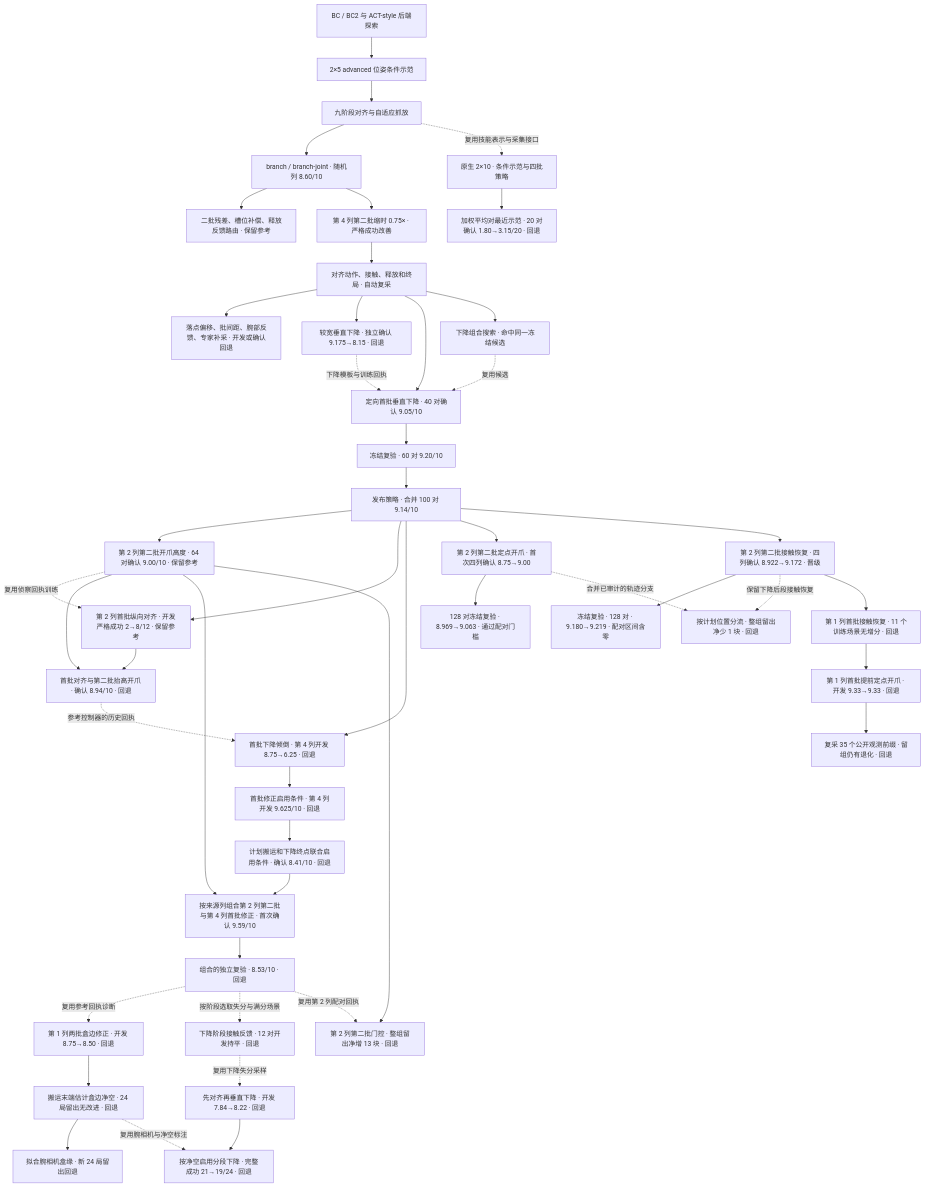
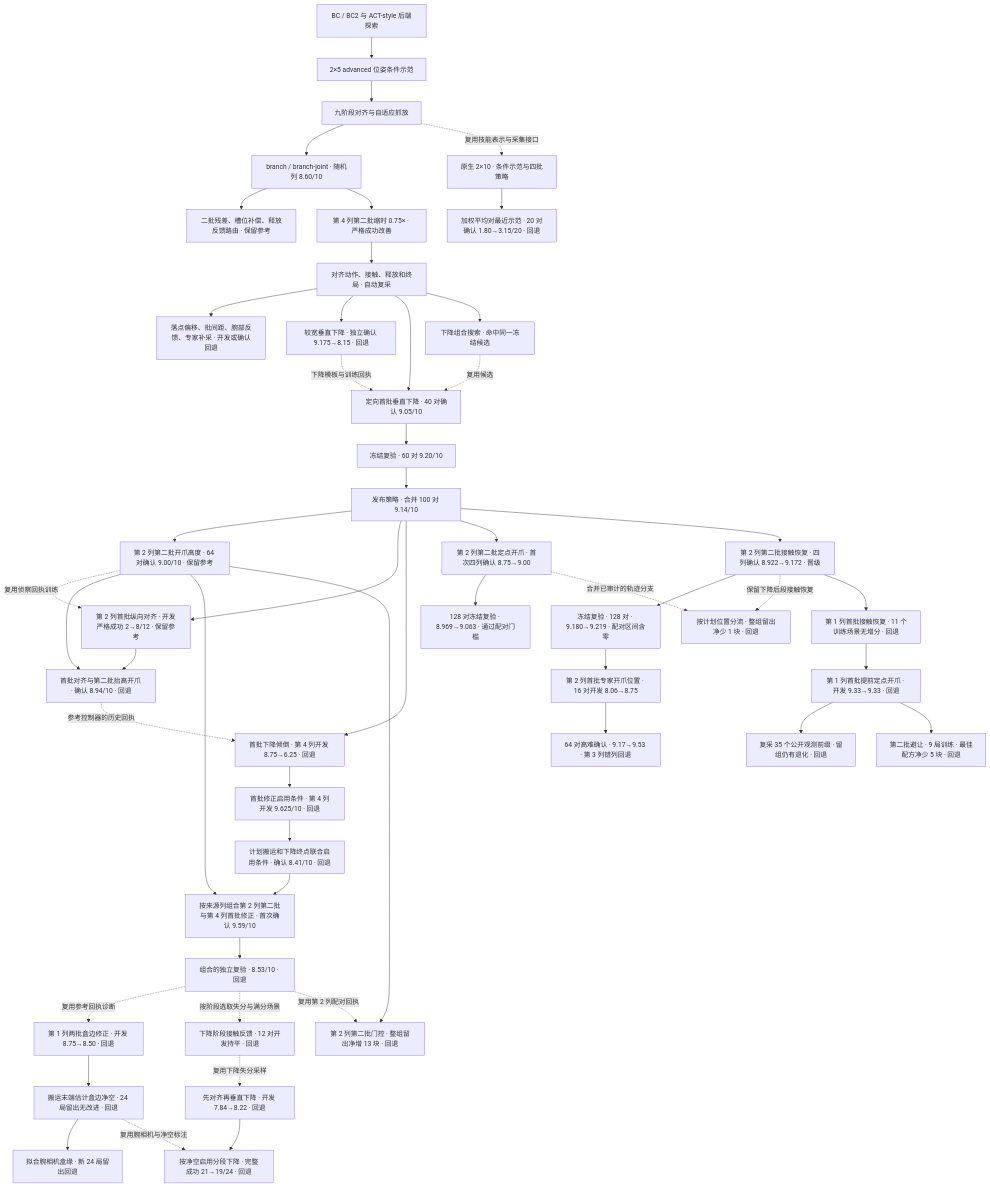
Before and after one commit to haiyouxiaji/a3-agent-optimizer: the second of 2 diagrams in docs/A3_EXPERIMENT_TREE.md, drawn with Mermaid. The commit also changed other lines of this file and 26 other files, not shown here.

````diff
--- a/docs/A3_EXPERIMENT_TREE.md
+++ b/docs/A3_EXPERIMENT_TREE.md
@@ -19,49 +19,52 @@
 ```mermaid
 flowchart TD
     BC["BC / BC2 与 ACT-style 后端探索"] --> ADV["2×5 advanced 位姿条件示范"]
     ADV --> PH["九阶段对齐与自适应抓放"]
     PH --> BJ["branch / branch-joint · 随机列 8.60/10"]
     BJ --> REL["二批残差、槽位补偿、释放反馈路由 · 保留参考"]
     BJ --> TIM["第 4 列第二批缩时 0.75× · 严格成功改善"]
     TIM --> DIAG["对齐动作、接触、释放和终局 · 自动复采"]
     DIAG --> OFF["落点偏移、批间距、腕部反馈、专家补采 · 开发或确认回退"]
     DIAG --> WIDE["较宽垂直下降 · 独立确认 9.175→8.15 · 回退"]
     DIAG --> FOCUS["定向首批垂直下降 · 40 对确认 9.05/10"]
     WIDE -.->|下降模板与训练回执| FOCUS
     DIAG --> DUP["下降组合搜索 · 命中同一冻结候选"]
     DUP -.->|复用候选| FOCUS
     FOCUS --> REP["冻结复验 · 60 对 9.20/10"]
     REP --> BEST["发布策略 · 合并 100 对 9.14/10"]
     BEST --> HOVER["第 2 列第二批开爪高度 · 64 对确认 9.00/10 · 保留参考"]
     BEST --> ROW["第 2 列首批纵向对齐 · 开发严格成功 2→8/12 · 保留参考"]
     HOVER -.->|复用侦察回执训练| ROW
     HOVER --> COMPOSE["首批对齐与第二批抬高开爪 · 确认 8.94/10 · 回退"]
     ROW --> COMPOSE
     BEST --> FIRSTHOVER["首批下降倾倒 · 第 4 列开发 8.75→6.25 · 回退"]
     COMPOSE -.->|参考控制器的历史回执| FIRSTHOVER
     FIRSTHOVER --> GUARD["首批修正启用条件 · 第 4 列开发 9.625/10 · 回退"]
     GUARD --> PROJECT["计划搬运和下降终点联合启用条件 · 确认 8.41/10 · 回退"]
     PROJECT --> ROUTED["按来源列组合第 2 列第二批与第 4 列首批修正 · 首次确认 9.59/10"]
     HOVER --> ROUTED
     ROUTED --> ROUTEDREP["组合的独立复验 · 8.53/10 · 回退"]
     ROUTEDREP -.->|复用参考回执诊断| WALL["第 1 列两批盒边修正 · 开发 8.75→8.50 · 回退"]
     WALL --> SENSE["搬运末端估计盒边净空 · 24 局留出无改进 · 回退"]
     SENSE --> EDGES["拟合腕相机盒缘 · 新 24 局留出回退"]
     ROUTEDREP -.->|按阶段选取失分与满分场景| FORCE["下降阶段接触反馈 · 12 对开发持平 · 回退"]
     HOVER --> LATE["第 2 列第二批门控 · 整组留出净增 13 块 · 回退"]
     ROUTEDREP -.->|复用第 2 列配对回执| LATE
     FORCE -.->|复用下降失分采样| STAGED["先对齐再垂直下降 · 开发 7.84→8.22 · 回退"]
     STAGED --> STAGEDGATE["按净空启用分段下降 · 完整成功 21→19/24 · 回退"]
     SENSE -.->|复用腕相机与净空标注| STAGEDGATE
     BEST --> HOLD["第 2 列第二批定点开爪 · 首次四列确认 8.75→9.00"]
     HOLD --> HOLDREP["128 对冻结复验 · 8.969→9.063 · 通过配对门槛"]
     BEST --> RECOVERY["第 2 列第二批接触恢复 · 四列确认 8.922→9.172 · 晋级"]
     RECOVERY --> RECOVERYREP["冻结复验 · 128 对 · 9.180→9.219 · 配对区间含零"]
     HOLD -.->|合并已审计的轨迹分支| RELEASEGATE["按计划位置分流 · 整组留出净少 1 块 · 回退"]
     RECOVERY -.->|保留下降后段接触恢复| RELEASEGATE
     RECOVERY --> FIRSTREC["第 1 列首批接触恢复 · 11 个训练场景无增分 · 回退"]
     FIRSTREC --> EARLY["第 1 列首批提前定点开爪 · 开发 9.33→9.33 · 回退"]
     EARLY --> FIRSTGATE["复采 35 个公开观测前缀 · 留组仍有退化 · 回退"]
+    EARLY --> INTERBATCH["第二批避让 · 9 局训练 · 最佳配方净少 5 块 · 回退"]
+    RECOVERYREP --> EXPERTLAND["第 2 列首批专家开爪位置 · 16 对开发 8.06→8.75"]
+    EXPERTLAND --> EXPERTCONF["64 对高难确认 · 9.17→9.53 · 第 3 列错列回退"]
     PH -.->|复用技能表示与采集接口| TEN["原生 2×10 · 条件示范与四批策略"]
     TEN --> TR["加权平均对最近示范 · 20 对确认 1.80→3.15/20 · 回退"]
 ```
````
